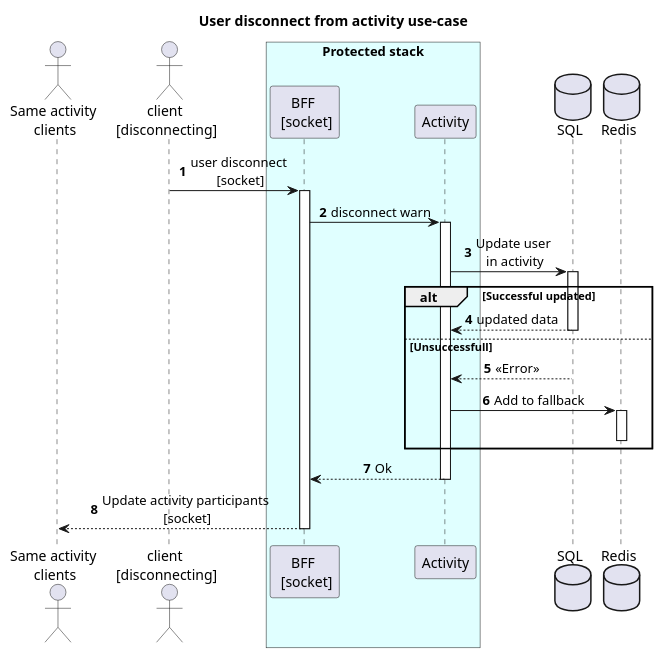
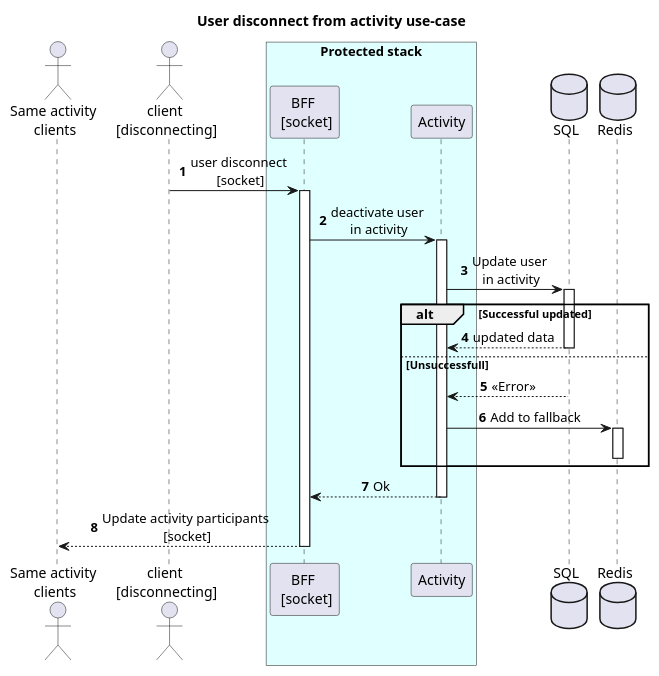
The diagram in docs/sequence/user-disconnect-from-an-activity.wsd (orion-services/Activity), drawn with PlantUML before and after one commit.

Commit message:
#3 Adjust label of send user deactivation to activity

```diff
--- a/docs/sequence/user-disconnect-from-an-activity.wsd
+++ b/docs/sequence/user-disconnect-from-an-activity.wsd
@@ -1,30 +1,30 @@
 @startuml
   title "User disconnect from activity use-case"
 
   autonumber
   autoactivate on
   skinparam sequenceMessageAlign center
 
   actor "Same activity \nclients" as colleageClients
   actor "client \n[disconnecting]" as client
   box "Protected stack" #LightCyan
   participant "BFF \n [socket]" as BFF
   participant Activity
   end box
   database SQL
   database Redis
 
   client -> BFF: user disconnect \n[socket]
-  BFF -> Activity: disconnect warn
+  BFF -> Activity: deactivate user \nin activity
   Activity -> SQL: Update user \nin activity
   alt Successful updated
     Activity <-- SQL: updated data
   else Unsuccessfull
     Activity <-- SQL: <<Error>>
     Activity -> Redis: Add to fallback
     deactivate Redis
   end
   BFF <-- Activity: Ok
   colleageClients <-- BFF: Update activity participants \n[socket]
 
 @enduml
```
